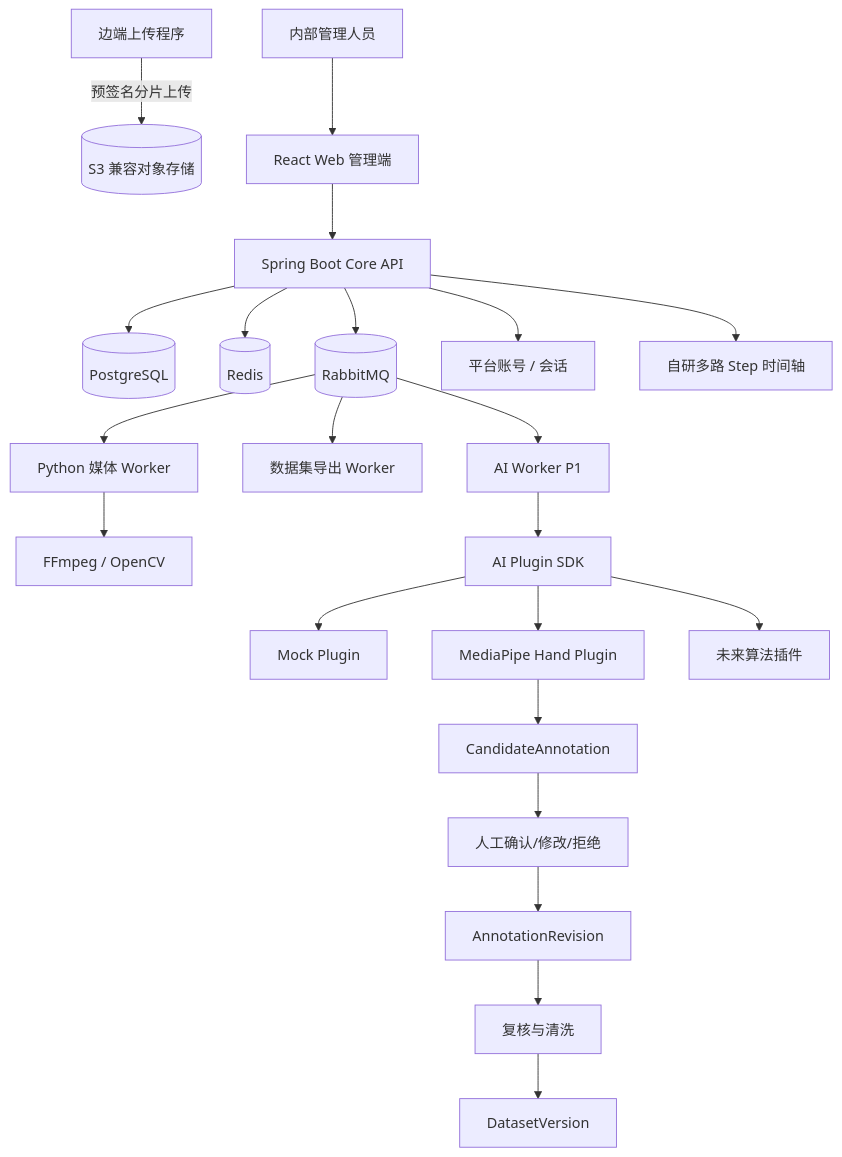
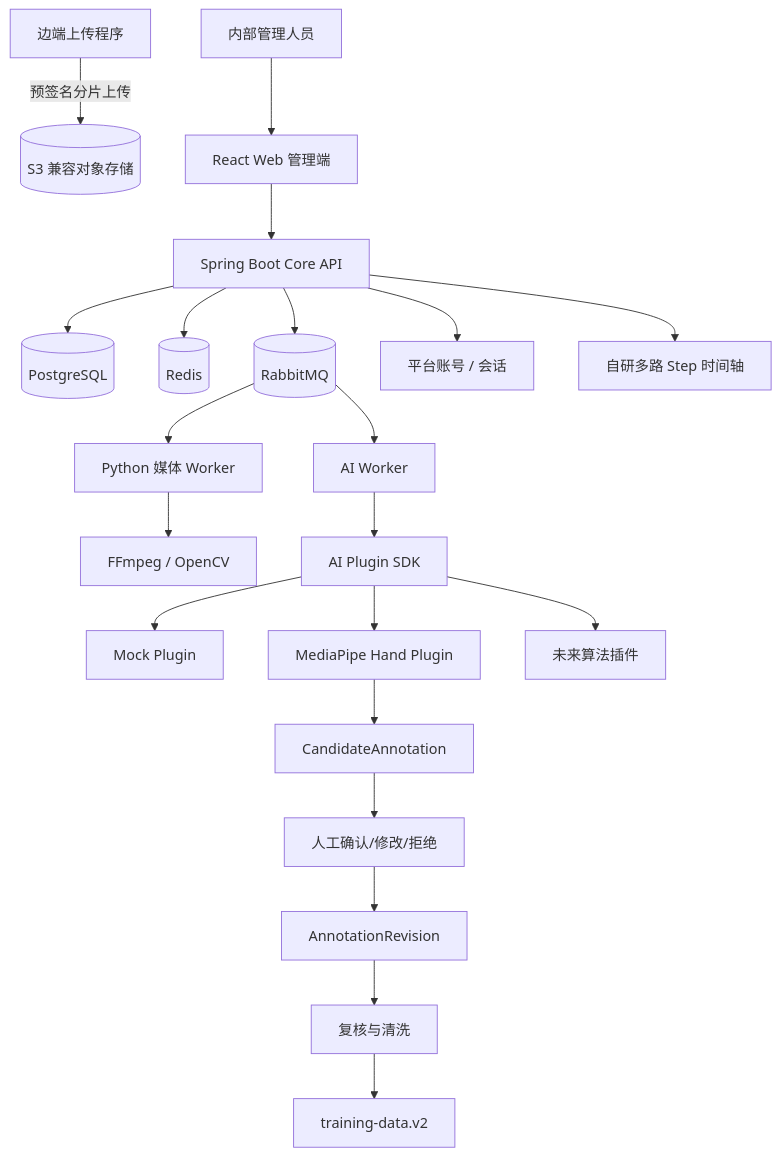
Before and after one commit to Soberis/medication-video-platform: the diagram in docs/architecture/配药平台技术设计.md, drawn with Mermaid. The commit also changed other lines of this file and 44 other files, not shown here.

````diff
--- a/docs/architecture/配药平台技术设计.md
+++ b/docs/architecture/配药平台技术设计.md
@@ -256,27 +256,26 @@
 ```mermaid
 flowchart TB
     EDGE[边端上传程序] -->|预签名分片上传| S3[(S3 兼容对象存储)]
     USER[内部管理人员] --> WEB[React Web 管理端]
     WEB --> API[Spring Boot Core API]
 
     API --> PG[(PostgreSQL)]
     API --> REDIS[(Redis)]
     API --> MQ[(RabbitMQ)]
     API --> ACCOUNT[平台账号 / 会话]
     MQ --> MW[Python 媒体 Worker]
-    MQ --> EW[数据集导出 Worker]
-    MQ --> AW[AI Worker P1]
+    MQ --> AW[AI Worker]
 
     MW --> FFMPEG[FFmpeg / OpenCV]
     AW --> SDK[AI Plugin SDK]
     SDK --> MOCK[Mock Plugin]
     SDK --> MP[MediaPipe Hand Plugin]
     SDK --> FUTURE[未来算法插件]
 
     API --> TIMELINE[自研多路 Step 时间轴]
     MP --> CAND[CandidateAnnotation]
     CAND --> HUMAN[人工确认/修改/拒绝]
     HUMAN --> REV[AnnotationRevision]
     REV --> REVIEW[复核与清洗]
-    REVIEW --> DATASET[DatasetVersion]
+    REVIEW --> TRAINING[training-data.v2]
 ```
````
